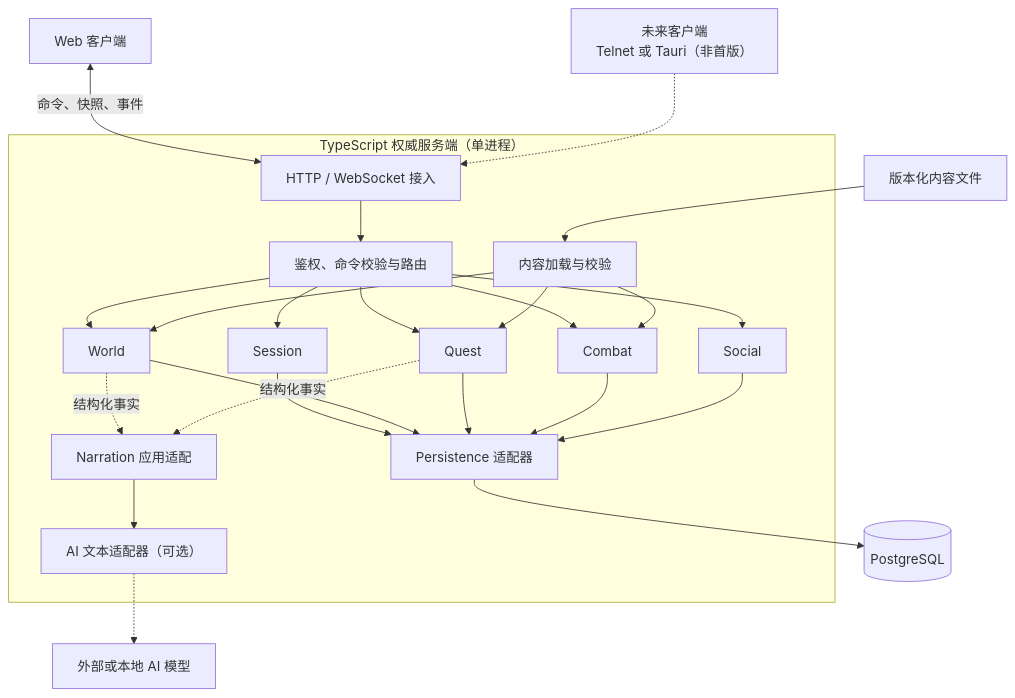
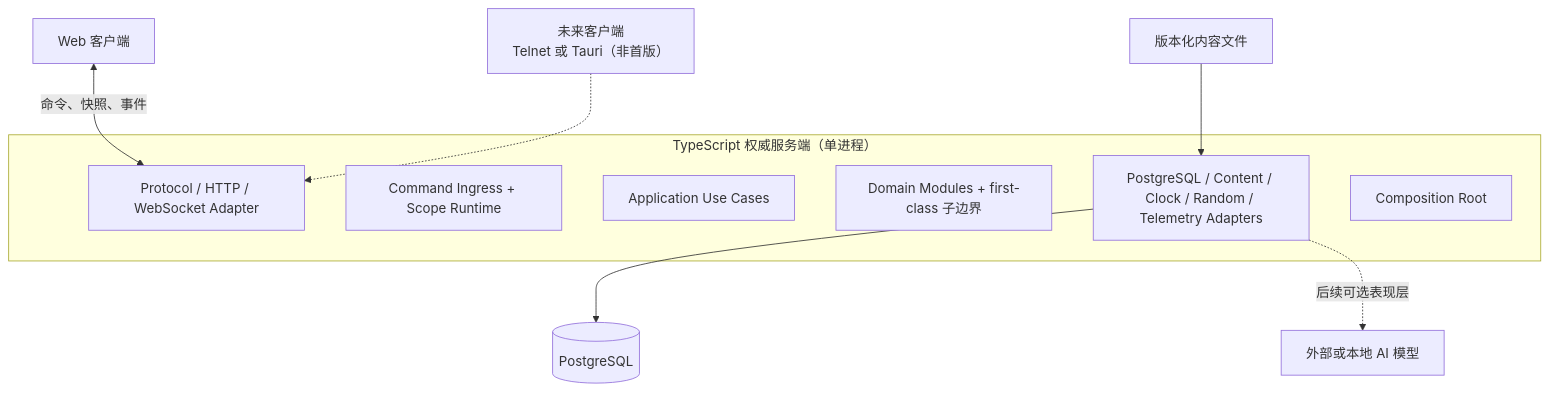
The first of 2 diagrams in docs/architecture.md (tianxingyang/mud-wow), drawn with Mermaid before and after one commit. The commit also changed other lines of this file and 19 other files, not shown here.

````diff
--- a/docs/architecture.md
+++ b/docs/architecture.md
@@ -61,47 +63,24 @@
 ```mermaid
 flowchart TB
     Web["Web 客户端"]
     Future["未来客户端<br/>Telnet 或 Tauri（非首版）"]
 
     subgraph App["TypeScript 权威服务端（单进程）"]
-        Gateway["HTTP / WebSocket 接入"]
-        Router["鉴权、命令校验与路由"]
-        Session["Session"]
-        World["World"]
-        Quest["Quest"]
-        Combat["Combat"]
-        Social["Social"]
-        Persist["Persistence 适配器"]
-        Content["内容加载与校验"]
-        Narration["Narration 应用适配"]
-        AI["AI 文本适配器（可选）"]
-
-        Gateway --> Router
-        Router --> Session
-        Router --> World
-        Router --> Quest
-        Router --> Combat
-        Router --> Social
-        Session --> Persist
-        World --> Persist
-        Quest --> Persist
-        Combat --> Persist
-        Social --> Persist
-        Content --> World
-        Content --> Quest
-        Content --> Combat
-        World -.->|"结构化事实"| Narration
-        Quest -.->|"结构化事实"| Narration
-        Narration --> AI
+        Gateway["Protocol / HTTP / WebSocket Adapter"]
+        Runtime["Command Ingress + Scope Runtime"]
+        Application["Application Use Cases"]
+        Domains["Domain Modules + first-class 子边界"]
+        Infrastructure["PostgreSQL / Content / Clock / Random / Telemetry Adapters"]
+        Root["Composition Root"]
     end
 
     DB[("PostgreSQL")]
     Files["版本化内容文件"]
     Model["外部或本地 AI 模型"]
 
     Web <-->|"命令、快照、事件"| Gateway
     Future -.-> Gateway
-    Persist --> DB
-    Files --> Content
-    AI -.-> Model
+    Infrastructure --> DB
+    Files --> Infrastructure
+    Infrastructure -.->|"后续可选表现层"| Model
 ```
````
